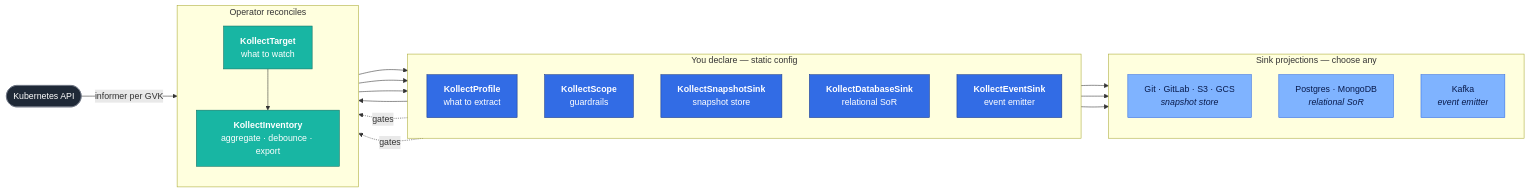
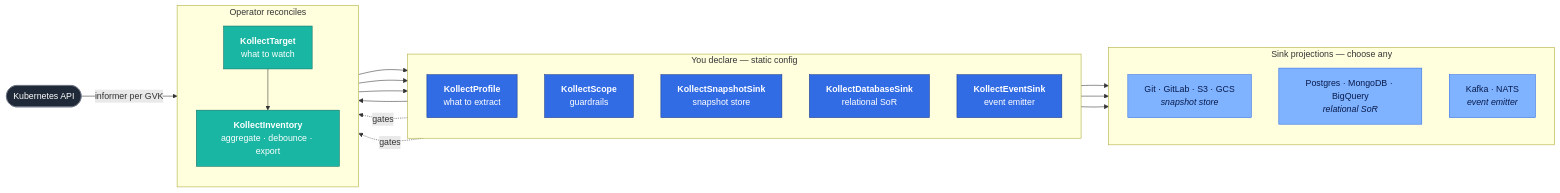
One commit to PlatformRelay/Kollect changed the second of 2 diagrams in docs/index.md. Above: the diagram before and after it, drawn with Mermaid. The commit also changed other lines of this file and 15 other files, not shown here.

````diff
--- a/docs/index.md
+++ b/docs/index.md
@@ -129,47 +129,47 @@
 ```mermaid
 flowchart LR
   K8s(["Kubernetes API"]):::api
 
   subgraph declare["You declare — static config"]
     direction TB
     Profile["<b>KollectProfile</b><br/>what to extract"]
     Scope["<b>KollectScope</b><br/>guardrails"]
     Snap["<b>KollectSnapshotSink</b><br/>snapshot store"]
     Db["<b>KollectDatabaseSink</b><br/>relational SoR"]
     Ev["<b>KollectEventSink</b><br/>event emitter"]
   end
 
   subgraph run["Operator reconciles"]
     direction TB
     Target["<b>KollectTarget</b><br/>what to watch"]
     Inv["<b>KollectInventory</b><br/>aggregate · debounce · export"]
   end
 
   subgraph out["Sink projections — choose any"]
     direction TB
     SnapOut["Git · GitLab · S3 · GCS<br/><i>snapshot store</i>"]
-    Rel["Postgres · MongoDB<br/><i>relational SoR</i>"]
-    EvtOut["Kafka<br/><i>event emitter</i>"]
+    Rel["Postgres · MongoDB · BigQuery<br/><i>relational SoR</i>"]
+    EvtOut["Kafka · NATS<br/><i>event emitter</i>"]
   end
 
   K8s -- "informer per GVK" --> Target
   Profile --> Target
   Target --> Inv
   Scope -. gates .-> Target
   Scope -. gates .-> Inv
   Inv --> Snap
   Inv --> Db
   Inv --> Ev
   Snap --> SnapOut
   Db --> Rel
   Ev --> EvtOut
 
   classDef api fill:#1F2937,stroke:#6B7280,color:#fff;
   classDef config fill:#326CE5,stroke:#1b3a8c,color:#fff;
   classDef work fill:#18B6A3,stroke:#0e6f63,color:#fff;
   classDef proj fill:#7FB3FF,stroke:#326CE5,color:#081A4B;
 
   class Profile,Scope,Snap,Db,Ev config;
   class Target,Inv work;
   class SnapOut,Rel,EvtOut proj;
 ```
````
